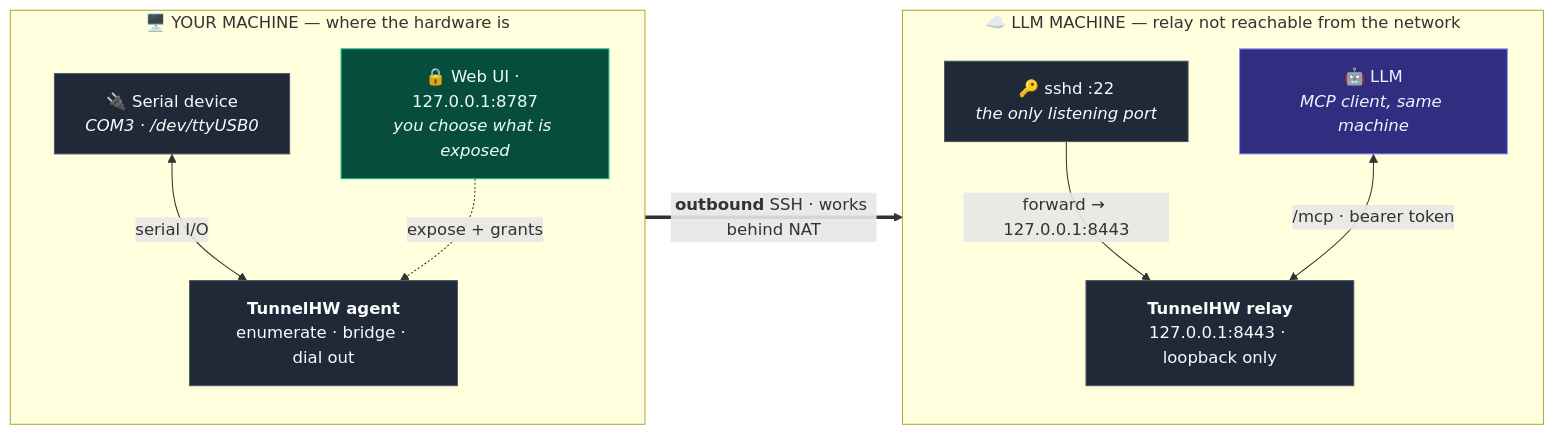
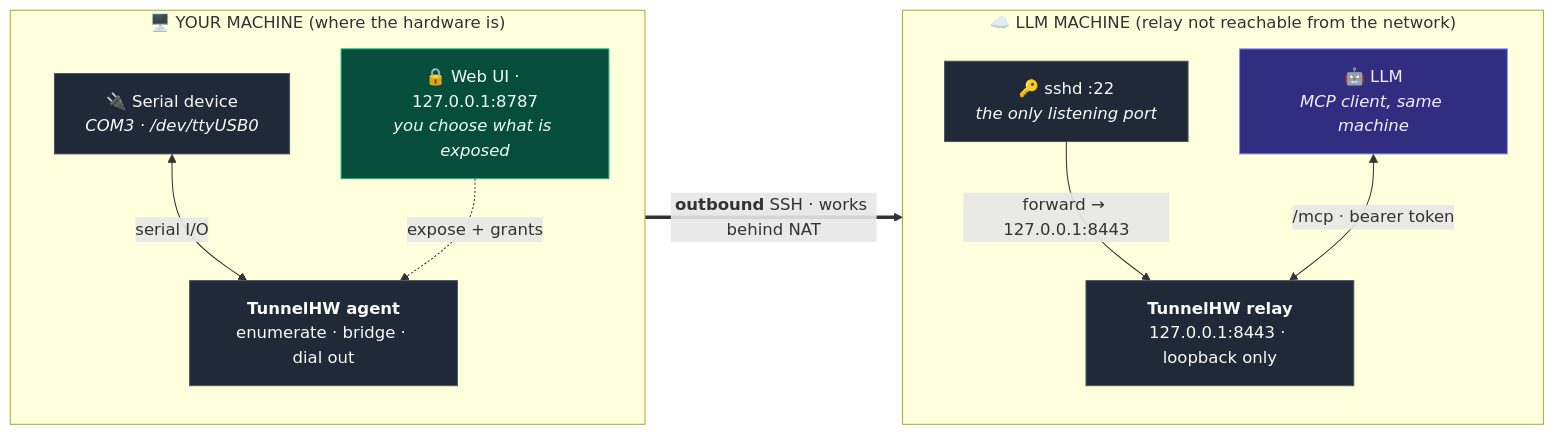
Before and after one commit to chaugan/tunnelhw: the first of 2 diagrams in README.md, drawn with Mermaid. The commit also changed other lines of this file and 2 other files, not shown here.

````diff
--- a/README.md
+++ b/README.md
@@ -287,29 +287,29 @@
 ```mermaid
 flowchart LR
-    subgraph LOCAL["🖥️  YOUR MACHINE — where the hardware is"]
+    subgraph LOCAL["🖥️  YOUR MACHINE (where the hardware is)"]
         direction TB
         HW["🔌 Serial device<br/><i>COM3 · /dev/ttyUSB0</i>"]
         AGENT["<b>TunnelHW agent</b><br/>enumerate · bridge · dial out"]
         WEBUI["🔒 Web UI · 127.0.0.1:8787<br/><i>you choose what is exposed</i>"]
         HW <-->|"serial I/O"| AGENT
         WEBUI -.->|"expose + grants"| AGENT
     end
 
-    subgraph REMOTE["☁️  LLM MACHINE — relay not reachable from the network"]
+    subgraph REMOTE["☁️  LLM MACHINE (relay not reachable from the network)"]
         direction TB
         SSHD["🔑 sshd :22<br/><i>the only listening port</i>"]
         RELAY["<b>TunnelHW relay</b><br/>127.0.0.1:8443 · loopback only"]
         LLM["🤖 LLM<br/><i>MCP client, same machine</i>"]
         SSHD -->|"forward → 127.0.0.1:8443"| RELAY
         LLM <-->|"/mcp · bearer token"| RELAY
     end
 
     AGENT ==>|"<b>outbound</b> SSH · works behind NAT"| SSHD
 
     classDef box fill:#1f2937,stroke:#4b5563,color:#f9fafb
     classDef safe fill:#064e3b,stroke:#10b981,color:#ecfdf5
     classDef llm fill:#312e81,stroke:#818cf8,color:#eef2ff
     class HW,AGENT,SSHD,RELAY box
     class WEBUI safe
     class LLM llm
 ```
````
